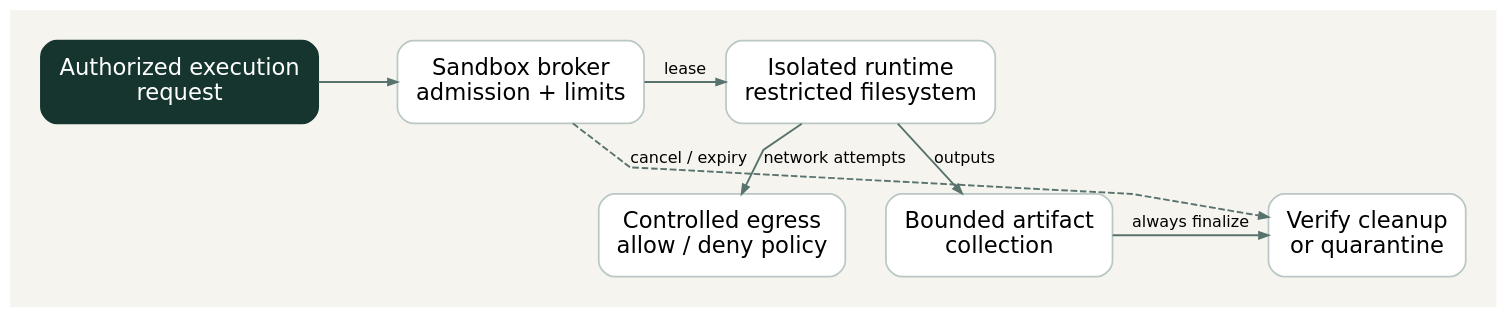
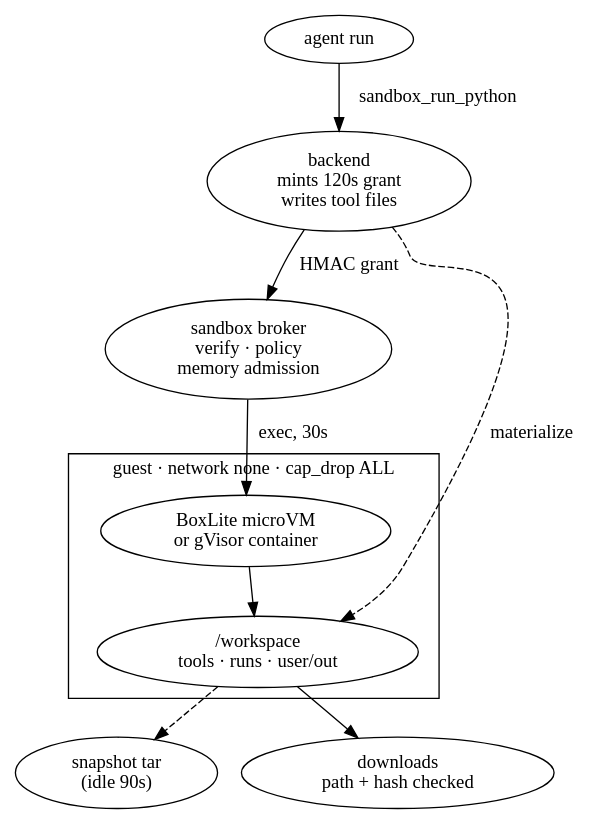
One commit to Shaunfurtado/Shaunfurtado.github.io changed the diagram in src/assets/blog-diagrams/02-ai-code-sandboxes-docker-security-boundary.dot. Above: the diagram before and after it, drawn with Graphviz. The commit also changed 114 other files, not shown here.

First line of the commit message:
refactor: rewrite blog posts around real system details and theme the diagrams

```diff
--- a/src/assets/blog-diagrams/02-ai-code-sandboxes-docker-security-boundary.dot
+++ b/src/assets/blog-diagrams/02-ai-code-sandboxes-docker-security-boundary.dot
@@ -1,19 +1,20 @@
-digraph design {
-graph [rankdir=TB, bgcolor="#f6f4ee", pad="0.32", nodesep="0.42", ranksep="0.55", splines=polyline, fontname="DejaVu Sans", fontsize=18];
-node [shape=box, style="rounded,filled", fillcolor="#ffffff", color="#b9c8c4", penwidth=1.3, fontname="DejaVu Sans", fontsize=17, margin="0.20,0.16"];
-edge [color="#58736e", fontname="DejaVu Sans", fontsize=12, arrowsize=0.7, penwidth=1.4];
-request [label="Authorized execution\nrequest",fillcolor="#16352f",fontcolor="#ffffff",color="#16352f"];
-broker [label="Sandbox broker\nadmission + limits"];
-runtime [label="Isolated runtime\nrestricted filesystem"];
-network [label="Controlled egress\nallow / deny policy"];
-collect [label="Bounded artifact\ncollection"];
-cleanup [label="Verify cleanup\nor quarantine"];
-request -> broker [label=""];
-broker -> runtime [label="lease"];
-runtime -> network [label="network attempts"];
-runtime -> collect [label="outputs"];
-collect -> cleanup [label="always finalize"];
-broker -> cleanup [label="cancel / expiry",style=dashed,constraint=false];
-{rank=same; request; broker; runtime;}
-{rank=same; network; collect; cleanup;}
+digraph sandbox {
+rankdir=TB;
+agent [label="agent run"];
+api [label="backend\nmints 120s grant\nwrites tool files", class="key"];
+broker [label="sandbox broker\nverify · policy\nmemory admission"];
+subgraph cluster_guest {
+  label="guest · network none · cap_drop ALL";
+  vm [label="BoxLite microVM\nor gVisor container"];
+  ws [label="/workspace\ntools · runs · user/out"];
 }
+snap [label="snapshot tar\n(idle 90s)", class="ghost"];
+out [label="downloads\npath + hash checked"];
+agent -> api [label="sandbox_run_python"];
+api -> broker [label="HMAC grant"];
+api -> ws [label="materialize", style=dashed];
+broker -> vm [label="exec, 30s"];
+vm -> ws;
+ws -> snap [style=dashed];
+ws -> out;
+}
```
